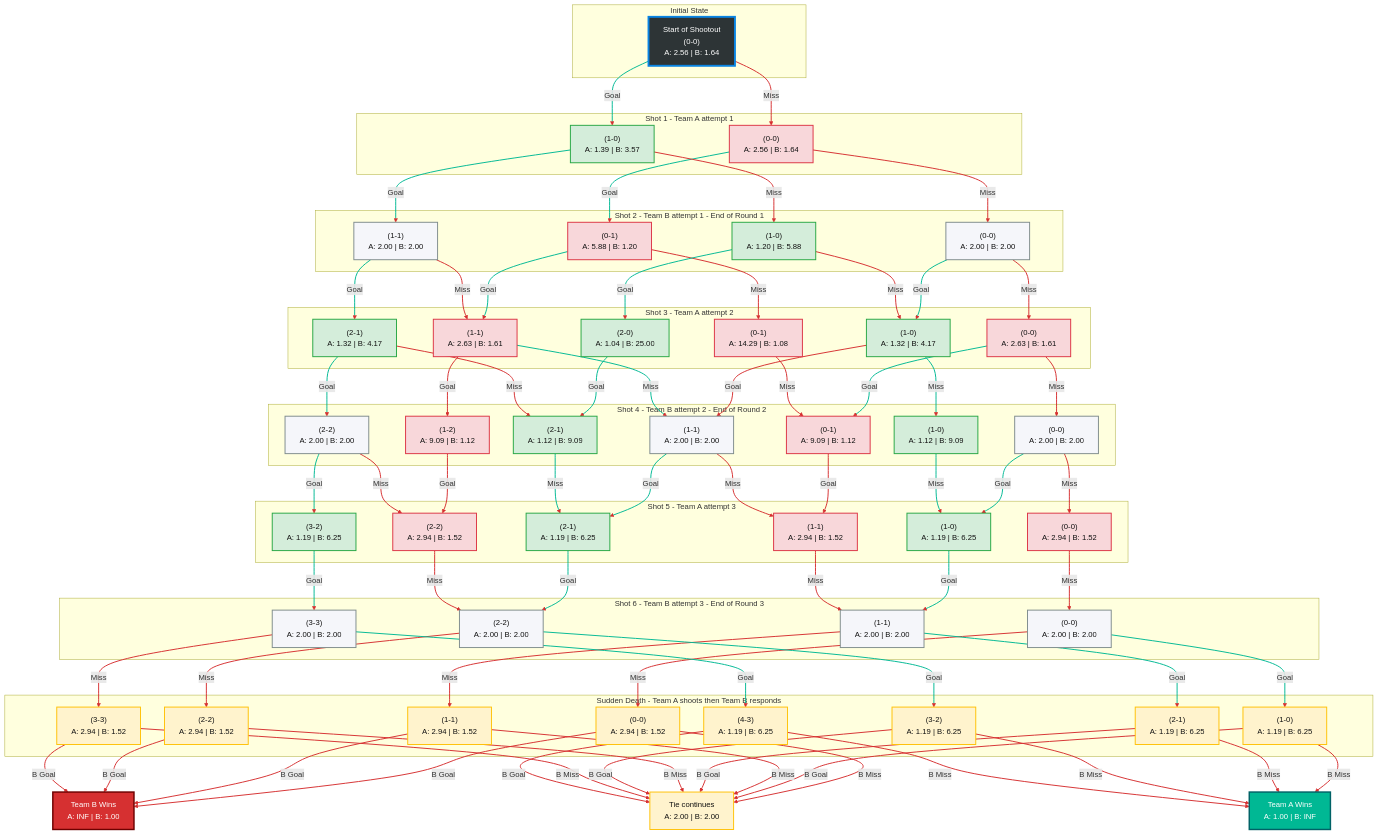
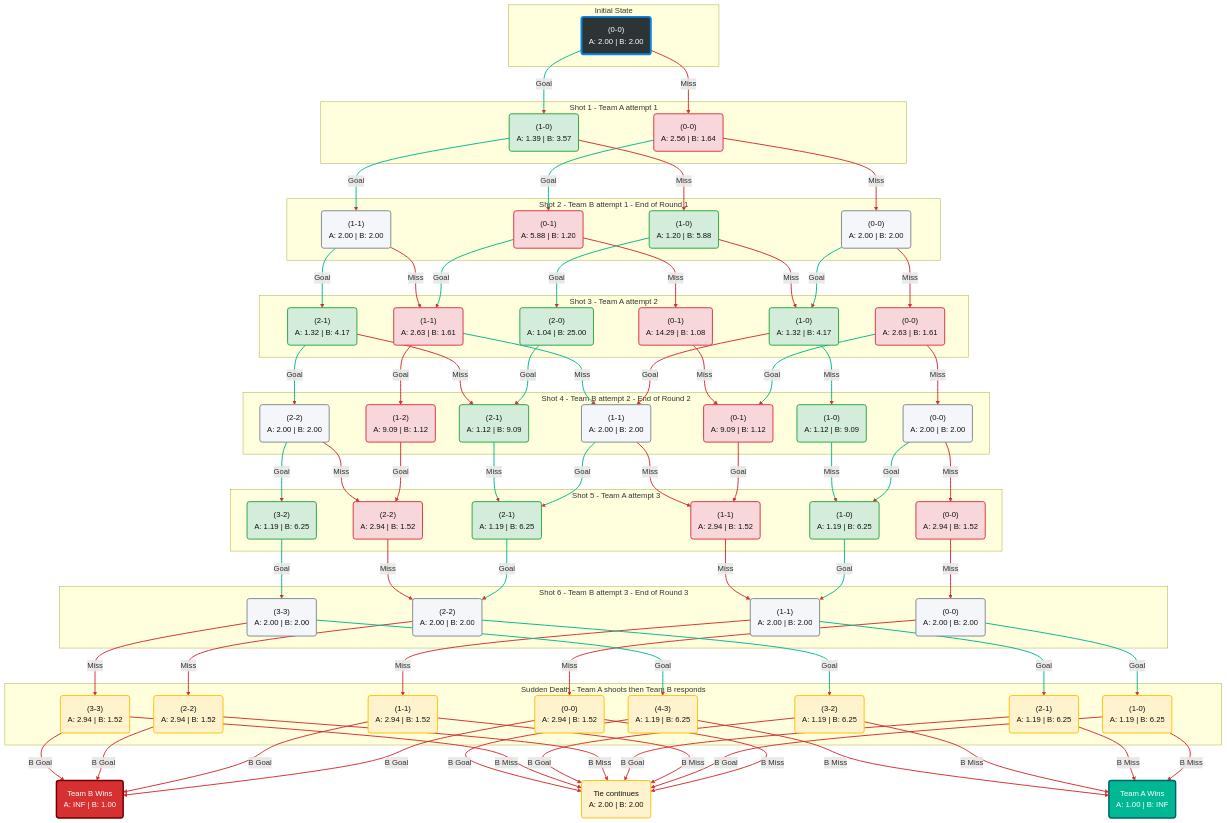
The diagram in mermaid/diagram.mmd (jungleJamz/nhl-shootout), drawn with Mermaid before and after one commit.

Commit message:
Updated diagram inital start date and changed diagram formating from rectangle to rounded rectangle

```diff
--- a/mermaid/diagram.mmd
+++ b/mermaid/diagram.mmd
@@ -32,7 +32,7 @@
 %% :::startNode applies the style
 
 subgraph Phase_Start["Initial State"]
-  S0["Start of Shootout<br/>(0-0)<br/>A: 2.56 | B: 1.64"]:::startNode
+  S0("(0-0)<br/>A: 2.00 | B: 2.00"):::startNode
 end
 
 %% =====================================================
@@ -42,56 +42,56 @@
 %% REG = Shot Number
 %% REG1_0_1 = score (A goals = 1 | B goals = 0)
 subgraph REG_1["Shot 1 - Team A attempt 1"]
-  REG1_0_0["(0-0)<br/>A: 2.56 | B: 1.64"]:::teamB_Adv
-  REG1_1_0["(1-0)<br/>A: 1.39 | B: 3.57"]:::teamA_Adv
+  REG1_0_0("(0-0)<br/>A: 2.56 | B: 1.64"):::teamB_Adv
+  REG1_1_0("(1-0)<br/>A: 1.39 | B: 3.57"):::teamA_Adv
 end
 subgraph REG_2["Shot 2 - Team B attempt 1 - End of Round 1"]
-  REG2_0_0["(0-0)<br/>A: 2.00 | B: 2.00"]:::neutral
-  REG2_0_1["(0-1)<br/>A: 5.88 | B: 1.20"]:::teamB_Adv
-  REG2_1_0["(1-0)<br/>A: 1.20 | B: 5.88"]:::teamA_Adv
-  REG2_1_1["(1-1)<br/>A: 2.00 | B: 2.00"]:::neutral
+  REG2_0_0("(0-0)<br/>A: 2.00 | B: 2.00"):::neutral
+  REG2_0_1("(0-1)<br/>A: 5.88 | B: 1.20"):::teamB_Adv
+  REG2_1_0("(1-0)<br/>A: 1.20 | B: 5.88"):::teamA_Adv
+  REG2_1_1("(1-1)<br/>A: 2.00 | B: 2.00"):::neutral
 end
 subgraph REG_3["Shot 3 - Team A attempt 2"]
-  REG3_0_0["(0-0)<br/>A: 2.63 | B: 1.61"]:::teamB_Adv
-  REG3_0_1["(0-1)<br/>A: 14.29 | B: 1.08"]:::teamB_Adv
-  REG3_1_0["(1-0)<br/>A: 1.32 | B: 4.17"]:::teamA_Adv
-  REG3_1_1["(1-1)<br/>A: 2.63 | B: 1.61"]:::teamB_Adv
-  REG3_2_0["(2-0)<br/>A: 1.04 | B: 25.00"]:::teamA_Adv
-  REG3_2_1["(2-1)<br/>A: 1.32 | B: 4.17"]:::teamA_Adv
+  REG3_0_0("(0-0)<br/>A: 2.63 | B: 1.61"):::teamB_Adv
+  REG3_0_1("(0-1)<br/>A: 14.29 | B: 1.08"):::teamB_Adv
+  REG3_1_0("(1-0)<br/>A: 1.32 | B: 4.17"):::teamA_Adv
+  REG3_1_1("(1-1)<br/>A: 2.63 | B: 1.61"):::teamB_Adv
+  REG3_2_0("(2-0)<br/>A: 1.04 | B: 25.00"):::teamA_Adv
+  REG3_2_1("(2-1)<br/>A: 1.32 | B: 4.17"):::teamA_Adv
 end
 subgraph REG_4["Shot 4 - Team B attempt 2 - End of Round 2"]
-  REG4_0_0["(0-0)<br/>A: 2.00 | B: 2.00"]:::neutral
-  REG4_0_1["(0-1)<br/>A: 9.09 | B: 1.12"]:::teamB_Adv
-  REG4_1_0["(1-0)<br/>A: 1.12 | B: 9.09"]:::teamA_Adv
-  REG4_1_1["(1-1)<br/>A: 2.00 | B: 2.00"]:::neutral
-  REG4_1_2["(1-2)<br/>A: 9.09 | B: 1.12"]:::teamB_Adv
-  REG4_2_1["(2-1)<br/>A: 1.12 | B: 9.09"]:::teamA_Adv
-  REG4_2_2["(2-2)<br/>A: 2.00 | B: 2.00"]:::neutral
+  REG4_0_0("(0-0)<br/>A: 2.00 | B: 2.00"):::neutral
+  REG4_0_1("(0-1)<br/>A: 9.09 | B: 1.12"):::teamB_Adv
+  REG4_1_0("(1-0)<br/>A: 1.12 | B: 9.09"):::teamA_Adv
+  REG4_1_1("(1-1)<br/>A: 2.00 | B: 2.00"):::neutral
+  REG4_1_2("(1-2)<br/>A: 9.09 | B: 1.12"):::teamB_Adv
+  REG4_2_1("(2-1)<br/>A: 1.12 | B: 9.09"):::teamA_Adv
+  REG4_2_2("(2-2)<br/>A: 2.00 | B: 2.00"):::neutral
 end
 subgraph REG_5["Shot 5 - Team A attempt 3"]
-  REG5_0_0["(0-0)<br/>A: 2.94 | B: 1.52"]:::teamB_Adv
-  REG5_1_0["(1-0)<br/>A: 1.19 | B: 6.25"]:::teamA_Adv
-  REG5_1_1["(1-1)<br/>A: 2.94 | B: 1.52"]:::teamB_Adv
-  REG5_2_1["(2-1)<br/>A: 1.19 | B: 6.25"]:::teamA_Adv
-  REG5_2_2["(2-2)<br/>A: 2.94 | B: 1.52"]:::teamB_Adv
-  REG5_3_2["(3-2)<br/>A: 1.19 | B: 6.25"]:::teamA_Adv
+  REG5_0_0("(0-0)<br/>A: 2.94 | B: 1.52"):::teamB_Adv
+  REG5_1_0("(1-0)<br/>A: 1.19 | B: 6.25"):::teamA_Adv
+  REG5_1_1("(1-1)<br/>A: 2.94 | B: 1.52"):::teamB_Adv
+  REG5_2_1("(2-1)<br/>A: 1.19 | B: 6.25"):::teamA_Adv
+  REG5_2_2("(2-2)<br/>A: 2.94 | B: 1.52"):::teamB_Adv
+  REG5_3_2("(3-2)<br/>A: 1.19 | B: 6.25"):::teamA_Adv
 end
 subgraph REG_6["Shot 6 - Team B attempt 3 - End of Round 3"]
-  REG6_0_0["(0-0)<br/>A: 2.00 | B: 2.00"]:::neutral
-  REG6_1_1["(1-1)<br/>A: 2.00 | B: 2.00"]:::neutral
-  REG6_2_2["(2-2)<br/>A: 2.00 | B: 2.00"]:::neutral
-  REG6_3_3["(3-3)<br/>A: 2.00 | B: 2.00"]:::neutral
+  REG6_0_0("(0-0)<br/>A: 2.00 | B: 2.00"):::neutral
+  REG6_1_1("(1-1)<br/>A: 2.00 | B: 2.00"):::neutral
+  REG6_2_2("(2-2)<br/>A: 2.00 | B: 2.00"):::neutral
+  REG6_3_3("(3-3)<br/>A: 2.00 | B: 2.00"):::neutral
 end
 
 subgraph SD_7["Sudden Death - Team A shoots then Team B responds"]
-  SD7_0_0["(0-0)<br/>A: 2.94 | B: 1.52"]:::suddenDeath
-  SD7_1_0["(1-0)<br/>A: 1.19 | B: 6.25"]:::suddenDeath
-  SD7_1_1["(1-1)<br/>A: 2.94 | B: 1.52"]:::suddenDeath
-  SD7_2_1["(2-1)<br/>A: 1.19 | B: 6.25"]:::suddenDeath
-  SD7_2_2["(2-2)<br/>A: 2.94 | B: 1.52"]:::suddenDeath
-  SD7_3_2["(3-2)<br/>A: 1.19 | B: 6.25"]:::suddenDeath
-  SD7_3_3["(3-3)<br/>A: 2.94 | B: 1.52"]:::suddenDeath
-  SD7_4_3["(4-3)<br/>A: 1.19 | B: 6.25"]:::suddenDeath
+  SD7_0_0("(0-0)<br/>A: 2.94 | B: 1.52"):::suddenDeath
+  SD7_1_0("(1-0)<br/>A: 1.19 | B: 6.25"):::suddenDeath
+  SD7_1_1("(1-1)<br/>A: 2.94 | B: 1.52"):::suddenDeath
+  SD7_2_1("(2-1)<br/>A: 1.19 | B: 6.25"):::suddenDeath
+  SD7_2_2("(2-2)<br/>A: 2.94 | B: 1.52"):::suddenDeath
+  SD7_3_2("(3-2)<br/>A: 1.19 | B: 6.25"):::suddenDeath
+  SD7_3_3("(3-3)<br/>A: 2.94 | B: 1.52"):::suddenDeath
+  SD7_4_3("(4-3)<br/>A: 1.19 | B: 6.25"):::suddenDeath
 end
 
 %% =====================================================
@@ -160,39 +160,12 @@
 REG6_3_3 -- Goal --> SD7_4_3
 
 
-%% =====================================================
-%% Sudden Death (GENERIC, LOOPING)
-%% =====================================================
-%% SD_NEXT_0_0["Sudden Death<br/>(0-0)<br/>A: 2.94 | B: 1.52"]:::suddenDeath
 
-%% SD_NEXT_0_0 -- "A Miss" --> SD_A_MISS
-%% SD_NEXT_0_0 -- "A Goal" --> SD_A_GOAL
-
-%% SD_A_MISS["A Miss<br/>(0-0)"]:::suddenDeath
-%% SD_A_GOAL["A Goal<br/>(1-0)"]:::suddenDeath
-
-%% SD_A_MISS -- "B Miss" --> SD_TIE
-%% SD_A_MISS -- "B Goal" --> SD_BWIN
-
-%% SD_A_GOAL -- "B Miss" --> SD_AWIN
-%% SD_A_GOAL -- "B Goal" --> SD_TIE
-
-%% SD_TIE["Tie continues<br/>A: 2.00 | B: 2.00"]:::suddenDeath
-%% SD_TIE --> SD_NEXT_0_0
-
-%% =====================================================
-%% Entry into Sudden Death
-%% =====================================================
-%% REG6_0_0 --> SD_NEXT_0_0
-%% REG6_1_1 --> SD_NEXT_0_0
-%% REG6_2_2 --> SD_NEXT_0_0
-%% REG6_3_3 --> SD_NEXT_0_0
-
-SD_AWIN["Team A Wins<br/>A: 1.00 | B: INF"]:::terminalA
-SD_BWIN["Team B Wins<br/>A: INF | B: 1.00"]:::terminalB
-SD_TIE["Tie continues<br/>A: 2.00 | B: 2.00"]:::suddenDeath
-SD_AWIN["Team A Wins<br/>A: 1.00 | B: INF"]:::terminalA
-SD_BWIN["Team B Wins<br/>A: INF | B: 1.00"]:::terminalB
+SD_AWIN("Team A Wins<br/>A: 1.00 | B: INF"):::terminalA
+SD_BWIN("Team B Wins<br/>A: INF | B: 1.00"):::terminalB
+SD_TIE("Tie continues<br/>A: 2.00 | B: 2.00"):::suddenDeath
+SD_AWIN("Team A Wins<br/>A: 1.00 | B: INF"):::terminalA
+SD_BWIN("Team B Wins<br/>A: INF | B: 1.00"):::terminalB
 SD7_0_0 -- "B Miss" --> SD_TIE
 SD7_0_0 -- "B Goal" --> SD_BWIN
 SD7_1_0 -- "B Miss" --> SD_AWIN
```
